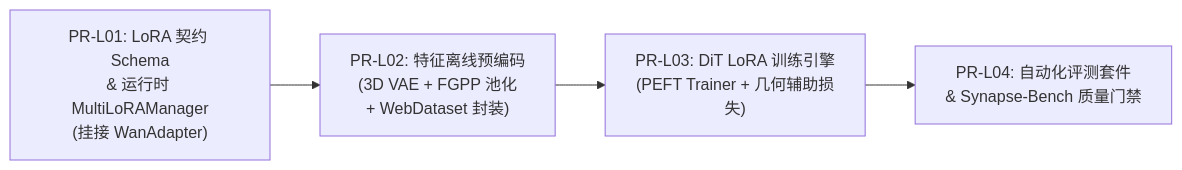
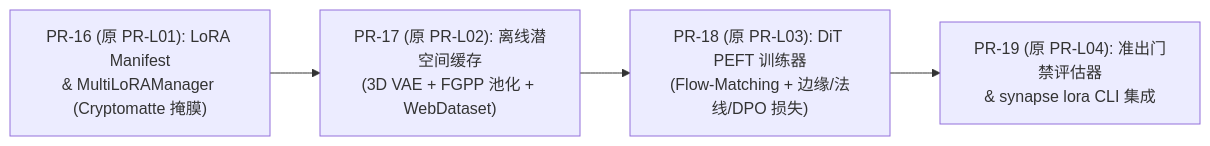
Before and after one commit to sautille-stroke/synapse: the third of 3 diagrams in docs/DESIGN_LORA_PIPELINE.md, drawn with Mermaid. The commit also changed other lines of this file and 14 other files, not shown here.

````diff
--- a/docs/DESIGN_LORA_PIPELINE.md
+++ b/docs/DESIGN_LORA_PIPELINE.md
@@ -414,6 +408,6 @@
 ```mermaid
 flowchart LR
-    PR_L01["PR-L01: LoRA 契约 Schema<br/>& 运行时 MultiLoRAManager<br/>(挂接 WanAdapter)"] --> PR_L02["PR-L02: 特征离线预编码<br/>(3D VAE + FGPP 池化<br/>+ WebDataset 封装)"]
-    PR_L02 --> PR_L03["PR-L03: DiT LoRA 训练引擎<br/>(PEFT Trainer + 几何辅助损失)"]
-    PR_L03 --> PR_L04["PR-L04: 自动化评测套件<br/>& Synapse-Bench 质量门禁"]
+    PR16["PR-16 (原 PR-L01): LoRA Manifest\n& MultiLoRAManager (Cryptomatte 掩膜)"] --> PR17["PR-17 (原 PR-L02): 离线潜空间缓存\n(3D VAE + FGPP 池化 + WebDataset)"]
+    PR17 --> PR18["PR-18 (原 PR-L03): DiT PEFT 训练器\n(Flow-Matching + 边缘/法线/DPO 损失)"]
+    PR18 --> PR19["PR-19 (原 PR-L04): 准出门禁评估器\n& synapse lora CLI 集成"]
 ```
````
